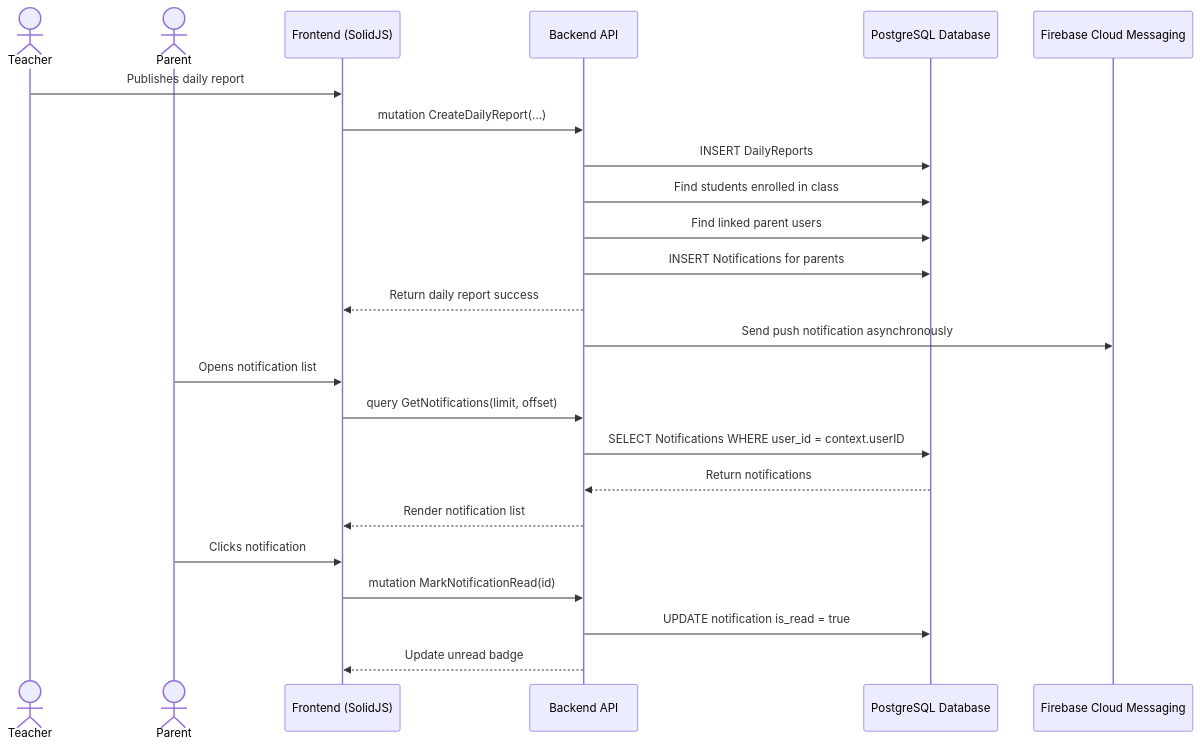
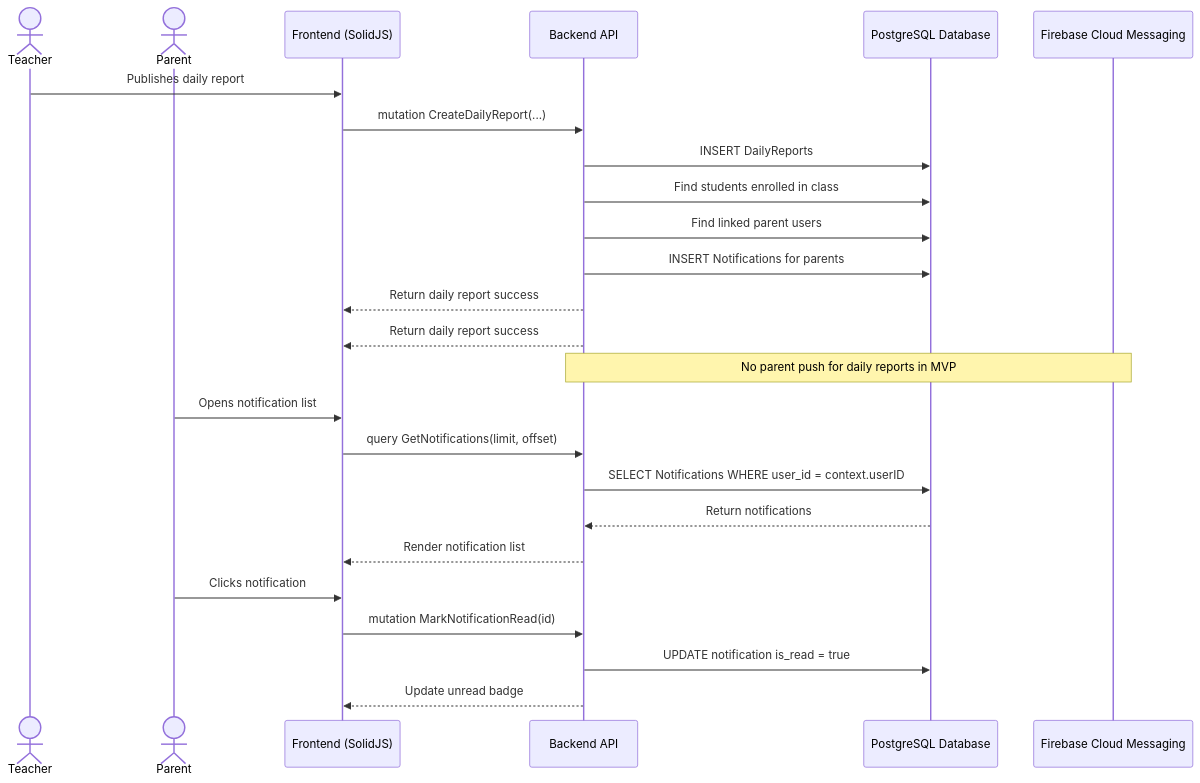
One commit to iftikharfadjar/docs-kindergarten-mgt changed the diagram in docs/workflow/notification-management.md. Above: the diagram before and after it, drawn with Mermaid. The commit also changed other lines of this file and 34 other files, not shown here.

````diff
--- a/docs/workflow/notification-management.md
+++ b/docs/workflow/notification-management.md
@@ -35,29 +35,30 @@
 ```mermaid
 sequenceDiagram
     actor Teacher
     actor Parent
     participant Frontend as Frontend (SolidJS)
     participant API as Backend API
     participant DB as PostgreSQL Database
     participant FCM as Firebase Cloud Messaging
 
     Teacher->>Frontend: Publishes daily report
     Frontend->>API: mutation CreateDailyReport(...)
     API->>DB: INSERT DailyReports
     API->>DB: Find students enrolled in class
     API->>DB: Find linked parent users
     API->>DB: INSERT Notifications for parents
     API-->>Frontend: Return daily report success
-    API->>FCM: Send push notification asynchronously
+    API-->>Frontend: Return daily report success
+    Note over API,FCM: No parent push for daily reports in MVP
 
     Parent->>Frontend: Opens notification list
     Frontend->>API: query GetNotifications(limit, offset)
     API->>DB: SELECT Notifications WHERE user_id = context.userID
     DB-->>API: Return notifications
     API-->>Frontend: Render notification list
 
     Parent->>Frontend: Clicks notification
     Frontend->>API: mutation MarkNotificationRead(id)
     API->>DB: UPDATE notification is_read = true
     API-->>Frontend: Update unread badge
 ```
````
